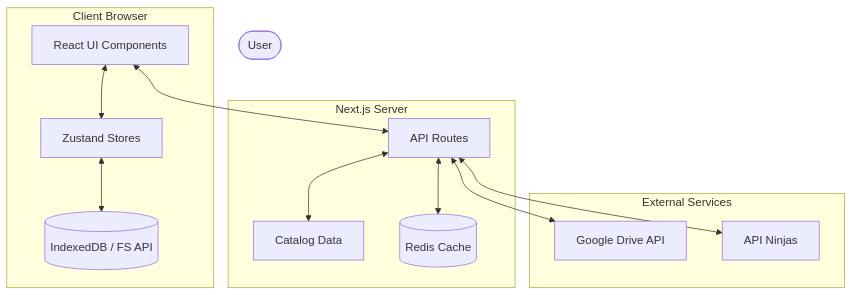
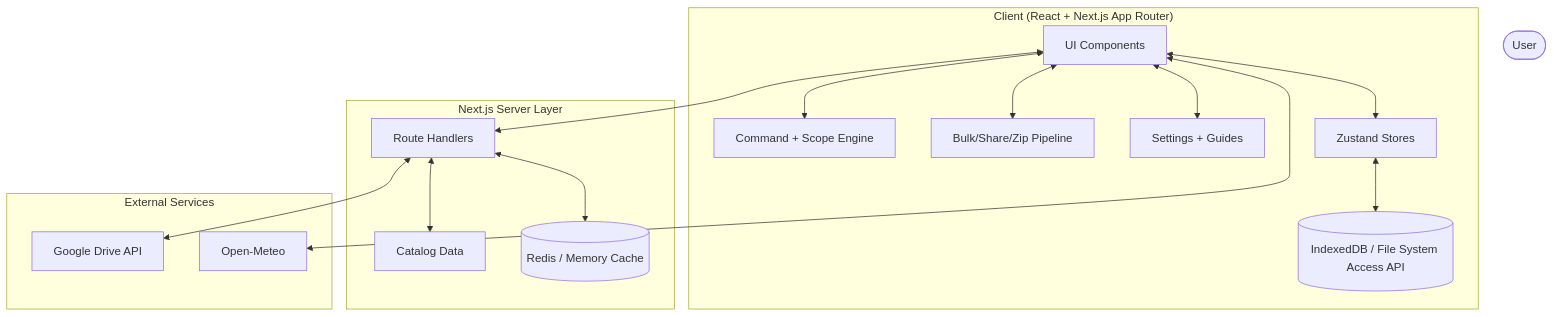
Before and after one commit to SH1SHANK/studytrix: the first of 3 diagrams in ARCHITECTURE.md, drawn with Mermaid. The commit also changed other lines of this file and 54 other files, not shown here.

````diff
--- a/ARCHITECTURE.md
+++ b/ARCHITECTURE.md
@@ -7,31 +7,37 @@
 ```mermaid
 graph TD
     User([User])
-    
-    subgraph Client ["Client Browser"]
-        UI[React UI Components]
+
+    subgraph Client["Client (React + Next.js App Router)"]
+        UI[UI Components]
+        CMD[Command + Scope Engine]
+        BULK[Bulk/Share/Zip Pipeline]
+        SET[Settings + Guides]
         ZS[Zustand Stores]
-        IDB[(IndexedDB / FS API)]
-        
+        LOC[(IndexedDB / File System Access API)]
+
+        UI <--> CMD
+        UI <--> BULK
+        UI <--> SET
         UI <--> ZS
-        ZS <--> IDB
+        ZS <--> LOC
     end
-    
-    subgraph Server ["Next.js Server"]
-        API[API Routes]
-        CAD[Catalog Data]
-        RED[(Redis Cache)]
-        
-        API <--> CAD
-        API <--> RED
+
+    subgraph Server["Next.js Server Layer"]
+        API[Route Handlers]
+        CAT[Catalog Data]
+        CACHE[(Redis / Memory Cache)]
+
+        API <--> CAT
+        API <--> CACHE
     end
-    
-    subgraph External ["External Services"]
-        GDA[Google Drive API]
-        ANJ[API Ninjas]
+
+    subgraph External["External Services"]
+        DRIVE[Google Drive API]
+        WEATHER[Open-Meteo]
     end
-    
+
     UI <--> API
-    API <--> GDA
-    API <--> ANJ
+    API <--> DRIVE
+    UI <--> WEATHER
 ```
````
